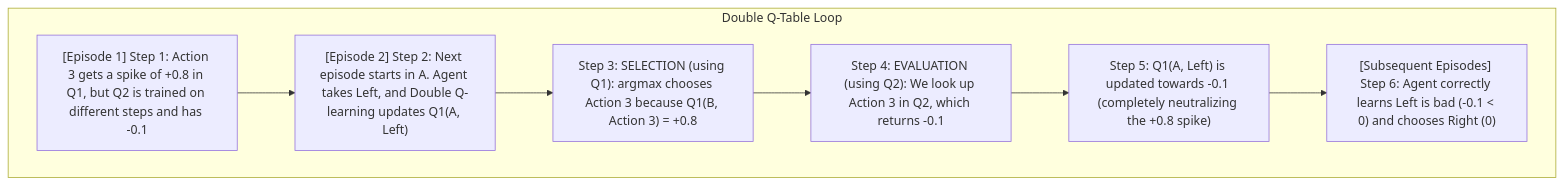
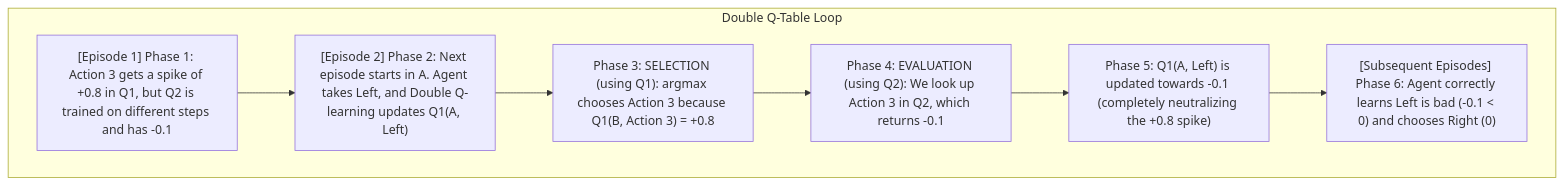
The seventh of 8 diagrams in barto-sutton-notes/lecture5-td/lecture5-td.md (samratkar/drl), drawn with Mermaid before and after one commit. The commit also changed other lines of this file, not shown here.

````diff
--- a/barto-sutton-notes/lecture5-td/lecture5-td.md
+++ b/barto-sutton-notes/lecture5-td/lecture5-td.md
@@ -1241,10 +1241,10 @@
 ```mermaid
 graph TD
     subgraph Double Q-Table Loop
-        D1["[Episode 1] Step 1: Action 3 gets a spike of +0.8 in Q1, but Q2 is trained on different steps and has -0.1"] --> D2["[Episode 2] Step 2: Next episode starts in A. Agent takes Left, and Double Q-learning updates Q1(A, Left)"]
-        D2 --> D3["Step 3: SELECTION (using Q1): argmax chooses Action 3 because Q1(B, Action 3) = +0.8"]
-        D3 --> D4["Step 4: EVALUATION (using Q2): We look up Action 3 in Q2, which returns -0.1"]
-        D4 --> D5["Step 5: Q1(A, Left) is updated towards -0.1 (completely neutralizing the +0.8 spike)"]
-        D5 --> D6["[Subsequent Episodes] Step 6: Agent correctly learns Left is bad (-0.1 < 0) and chooses Right (0)"]
+        D1["[Episode 1] Phase 1: Action 3 gets a spike of +0.8 in Q1, but Q2 is trained on different steps and has -0.1"] --> D2["[Episode 2] Phase 2: Next episode starts in A. Agent takes Left, and Double Q-learning updates Q1(A, Left)"]
+        D2 --> D3["Phase 3: SELECTION (using Q1): argmax chooses Action 3 because Q1(B, Action 3) = +0.8"]
+        D3 --> D4["Phase 4: EVALUATION (using Q2): We look up Action 3 in Q2, which returns -0.1"]
+        D4 --> D5["Phase 5: Q1(A, Left) is updated towards -0.1 (completely neutralizing the +0.8 spike)"]
+        D5 --> D6["[Subsequent Episodes] Phase 6: Agent correctly learns Left is bad (-0.1 < 0) and chooses Right (0)"]
     end
 ```
````
